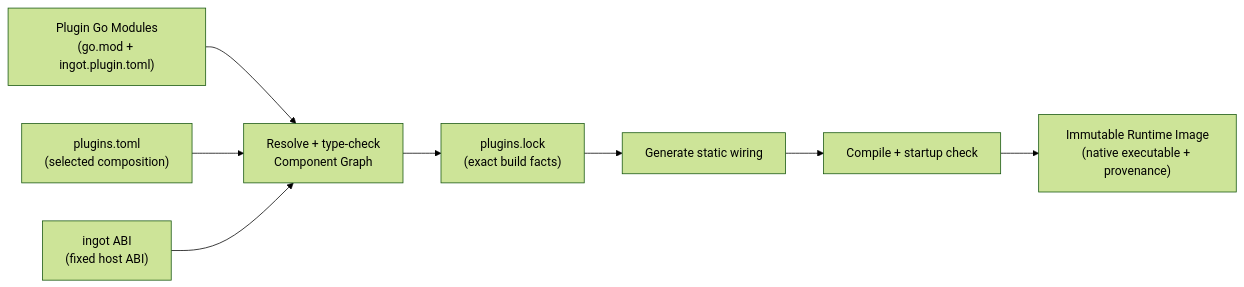
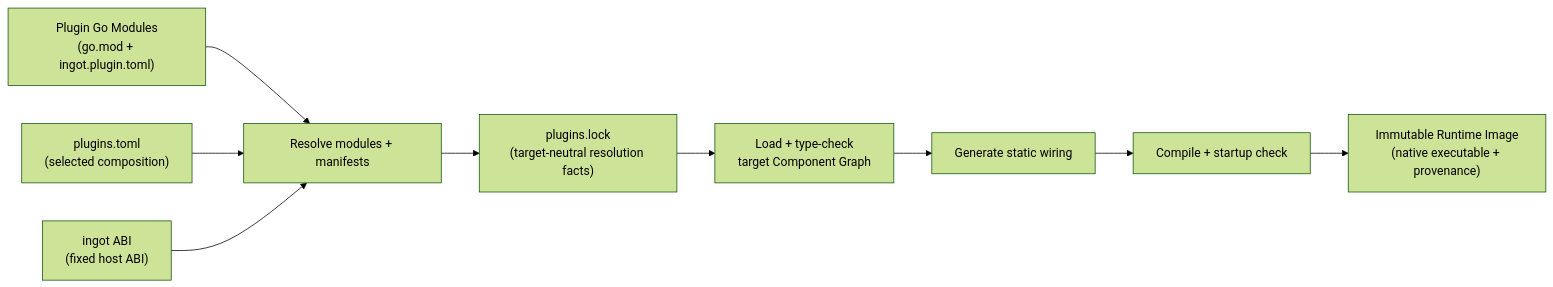
Before and after one commit to ingot-agent/ingot: the diagram in README.md, drawn with Mermaid (forest theme). The commit also changed other lines of this file and 42 other files, not shown here.

````diff
--- a/README.md
+++ b/README.md
@@ -148,10 +170,11 @@
 ```mermaid
 flowchart LR
     Plugins["Plugin Go Modules<br/>(go.mod + ingot.plugin.toml)"] --> Resolve
     Desired["plugins.toml<br/>(selected composition)"] --> Resolve
     Runtime["ingot ABI<br/>(fixed host ABI)"] --> Resolve
-    Resolve["Resolve + type-check<br/>Component Graph"] --> Lock["plugins.lock<br/>(exact build facts)"]
-    Lock --> Generate["Generate static wiring"]
+    Resolve["Resolve modules + manifests"] --> Lock["plugins.lock<br/>(target-neutral resolution facts)"]
+    Lock --> Graph["Load + type-check<br/>target Component Graph"]
+    Graph --> Generate["Generate static wiring"]
     Generate --> Compile["Compile + startup check"]
     Compile --> Image["Immutable Runtime Image<br/>(native executable + provenance)"]
 ```
````
